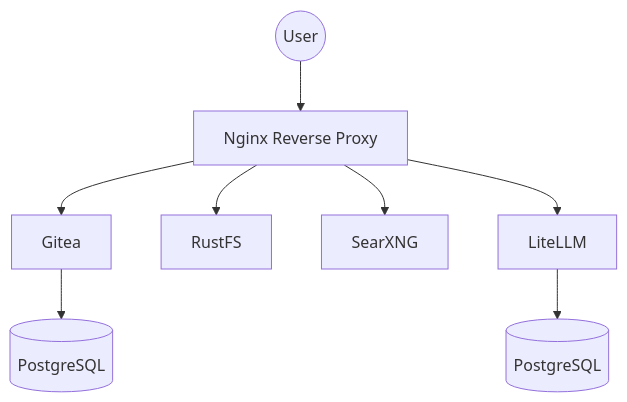
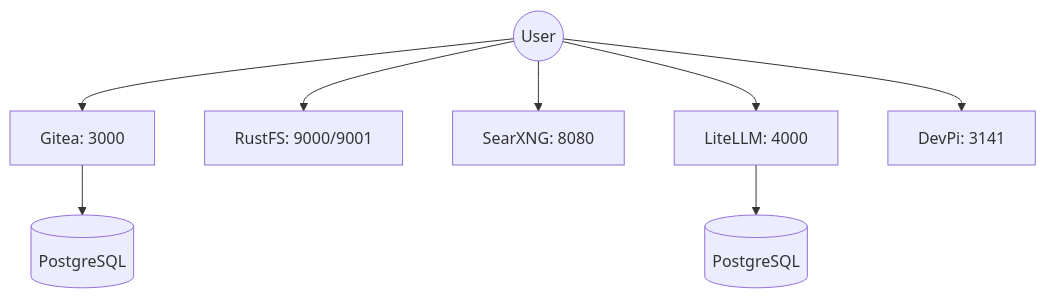
Before and after one commit to jacobrenn/PersonalCloud: the diagram in README.md, drawn with Mermaid. The commit also changed other lines of this file and 6 other files, not shown here.

````diff
--- a/README.md
+++ b/README.md
@@ -9,10 +9,10 @@
 ```mermaid
 graph TD
-    User((User)) --> Nginx[Nginx Reverse Proxy]
-    Nginx --> Gitea[Gitea]
-    Nginx --> RustFS[RustFS]
-    Nginx --> SearXNG[SearXNG]
-    Nginx --> LiteLLM[LiteLLM]
+    User((User)) --> Gitea[Gitea: 3000]
+    User --> RustFS[RustFS: 9000/9001]
+    User --> SearXNG[SearXNG: 8080]
+    User --> LiteLLM[LiteLLM: 4000]
+    User --> DevPi[DevPi: 3141]
     Gitea --> GiteaDB[(PostgreSQL)]
     LiteLLM --> LiteLLMDB[(PostgreSQL)]
 ```
````
